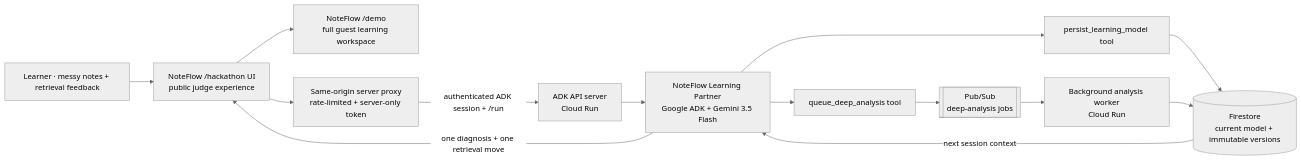
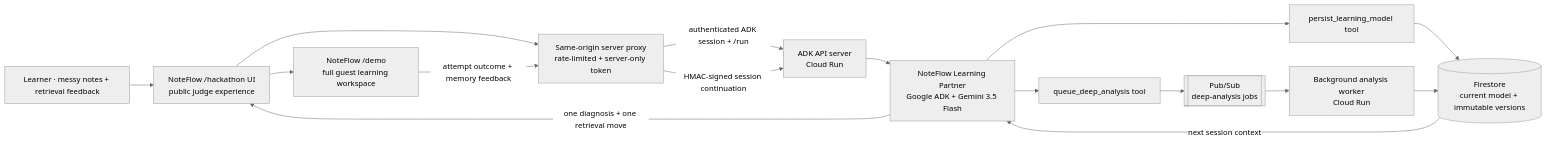
Before and after one commit to Dollars7/NoteFlow-Agent-Hackathon-2026: the diagram in docs/HACKATHON_ARCHITECTURE.md, drawn with Mermaid (neutral theme). The commit also changed other lines of this file and 3 other files, not shown here.

````diff
--- a/docs/HACKATHON_ARCHITECTURE.md
+++ b/docs/HACKATHON_ARCHITECTURE.md
@@ -5,28 +5,30 @@
 ```mermaid
 flowchart LR
     Learner["Learner · messy notes + retrieval feedback"]
     Web["NoteFlow /hackathon UI<br/>public judge experience"]
     Demo["NoteFlow /demo<br/>full guest learning workspace"]
     Proxy["Same-origin server proxy<br/>rate-limited + server-only token"]
     API["ADK API server<br/>Cloud Run"]
     Agent["NoteFlow Learning Partner<br/>Google ADK + Gemini 3.5 Flash"]
     Persist["persist_learning_model tool"]
     Queue["queue_deep_analysis tool"]
     Firestore[("Firestore<br/>current model + immutable versions")]
     PubSub[["Pub/Sub<br/>deep-analysis jobs"]]
     Worker["Background analysis worker<br/>Cloud Run"]
 
     Learner --> Web
     Web --> Demo
     Web --> Proxy
     Proxy -->|"authenticated ADK session + /run"| API
     API --> Agent
     Agent --> Persist
     Agent --> Queue
     Persist --> Firestore
     Queue --> PubSub
     PubSub --> Worker
     Worker --> Firestore
     Firestore -->|"next session context"| Agent
     Agent -->|"one diagnosis + one retrieval move"| Web
+    Demo -->|"attempt outcome + memory feedback"| Proxy
+    Proxy -->|"HMAC-signed session continuation"| API
 ```
````
